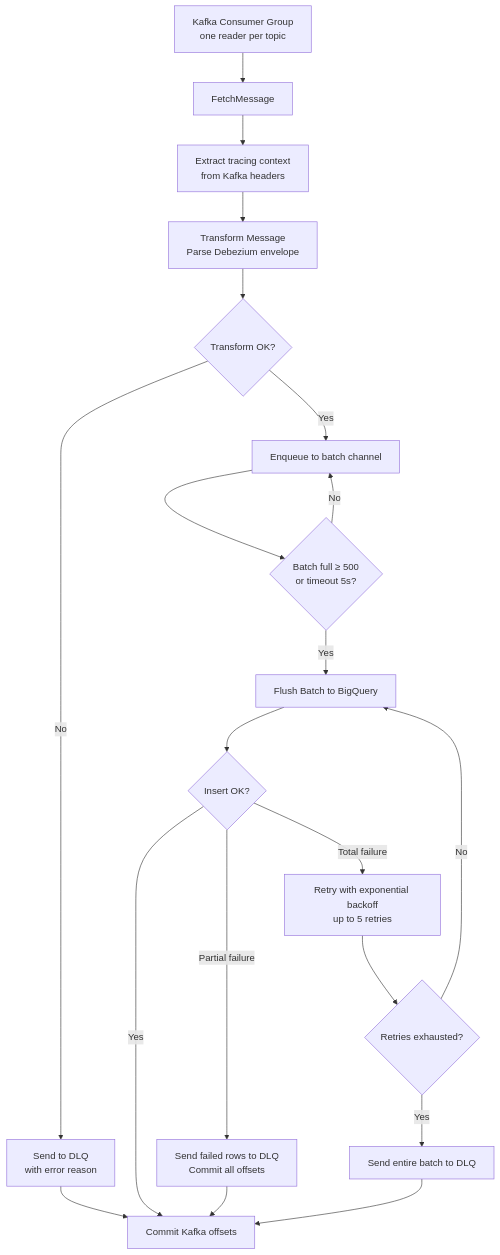
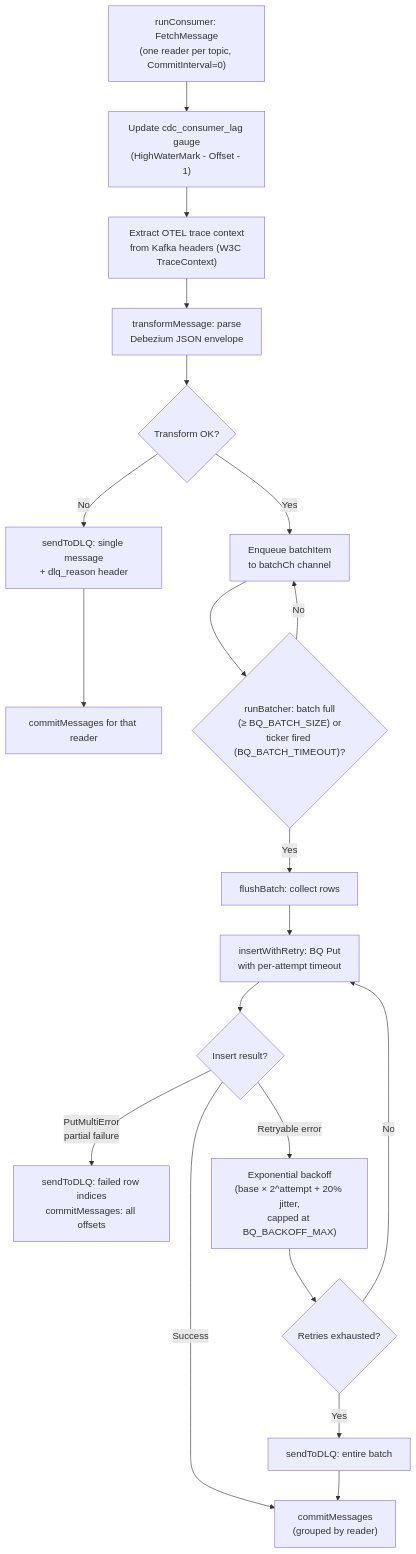
One commit to sunitakeazycommerz-a11y/InstaCommerce changed the third of 4 diagrams in services/cdc-consumer-service/README.md. Above: the diagram before and after it, drawn with Mermaid. The commit also changed other lines of this file and 554 other files, not shown here.

````diff
--- a/services/cdc-consumer-service/README.md
+++ b/services/cdc-consumer-service/README.md
@@ -21,22 +188,22 @@
 ```mermaid
 flowchart TD
-    A[Kafka Consumer Group<br/>one reader per topic] --> B[FetchMessage]
-    B --> C[Extract tracing context<br/>from Kafka headers]
-    C --> D[Transform Message<br/>Parse Debezium envelope]
+    A["runConsumer: FetchMessage<br/>(one reader per topic, CommitInterval=0)"] --> B["Update cdc_consumer_lag gauge<br/>(HighWaterMark - Offset - 1)"]
+    B --> C["Extract OTEL trace context<br/>from Kafka headers (W3C TraceContext)"]
+    C --> D["transformMessage: parse<br/>Debezium JSON envelope"]
     D --> E{Transform OK?}
-    E -->|No| F[Send to DLQ<br/>with error reason]
-    E -->|Yes| G[Enqueue to batch channel]
-    G --> H{Batch full ≥ 500<br/>or timeout 5s?}
-    H -->|Yes| I[Flush Batch to BigQuery]
-    H -->|No| G
-    I --> J{Insert OK?}
-    J -->|Yes| K[Commit Kafka offsets]
-    J -->|Partial failure| L[Send failed rows to DLQ<br/>Commit all offsets]
-    J -->|Total failure| M[Retry with exponential backoff<br/>up to 5 retries]
-    M --> N{Retries exhausted?}
-    N -->|Yes| O[Send entire batch to DLQ]
-    N -->|No| I
-    F --> K
-    L --> K
-    O --> K
+    E -->|No| F["sendToDLQ: single message<br/>+ dlq_reason header"]
+    F --> G["commitMessages for that reader"]
+    E -->|Yes| H["Enqueue batchItem<br/>to batchCh channel"]
+    H --> I{"runBatcher: batch full<br/>(≥ BQ_BATCH_SIZE) or<br/>ticker fired (BQ_BATCH_TIMEOUT)?"}
+    I -->|No| H
+    I -->|Yes| J["flushBatch: collect rows"]
+    J --> K["insertWithRetry: BQ Put<br/>with per-attempt timeout"]
+    K --> L{Insert result?}
+    L -->|Success| M["commitMessages<br/>(grouped by reader)"]
+    L -->|PutMultiError<br/>partial failure| N["sendToDLQ: failed row indices<br/>commitMessages: all offsets"]
+    L -->|Retryable error| O["Exponential backoff<br/>(base × 2^attempt + 20% jitter,<br/>capped at BQ_BACKOFF_MAX)"]
+    O --> P{Retries exhausted?}
+    P -->|No| K
+    P -->|Yes| Q["sendToDLQ: entire batch"]
+    Q --> M
 ```
````
